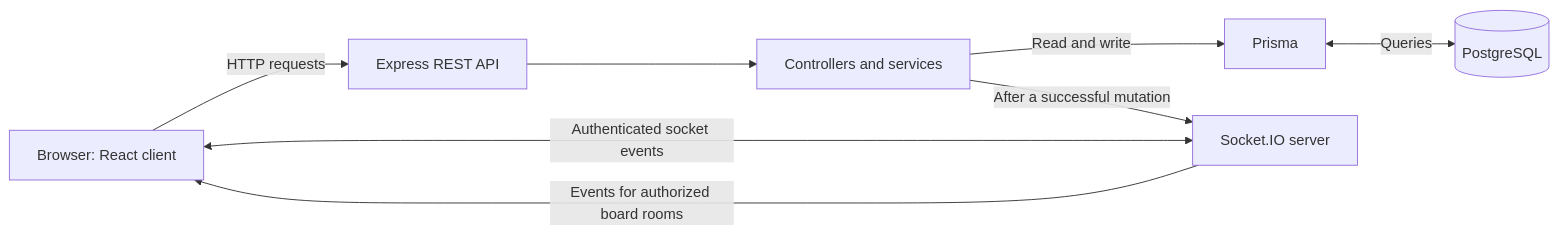
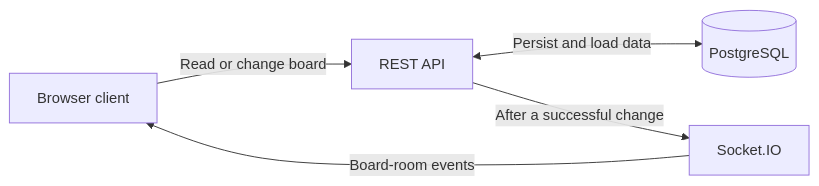
Before and after one commit to rajanxweb/real-time-kanban-board: the diagram in README.md, drawn with Mermaid. The commit also changed other lines of this file and 7 other files, not shown here.

````diff
--- a/README.md
+++ b/README.md
@@ -28,17 +40,12 @@
 ```mermaid
 flowchart LR
-    Browser["Browser: React client"]
-    Api["Express REST API"]
-    Socket["Socket.IO server"]
-    Services["Controllers and services"]
-    Prisma["Prisma"]
-    Database[("PostgreSQL")]
+    Client["Browser client"]
+    REST["REST API"]
+    Socket["Socket.IO"]
+    PostgreSQL[("PostgreSQL")]
 
-    Browser -->|"HTTP requests"| Api
-    Browser <-->|"Authenticated socket events"| Socket
-    Api --> Services
-    Services -->|"Read and write"| Prisma
-    Prisma <-->|"Queries"| Database
-    Services -->|"After a successful mutation"| Socket
-    Socket -->|"Events for authorized board rooms"| Browser
+    Client -->|"Read or change board"| REST
+    REST <-->|"Persist and load data"| PostgreSQL
+    REST -->|"After a successful change"| Socket
+    Socket -->|"Board-room events"| Client
 ```
````
